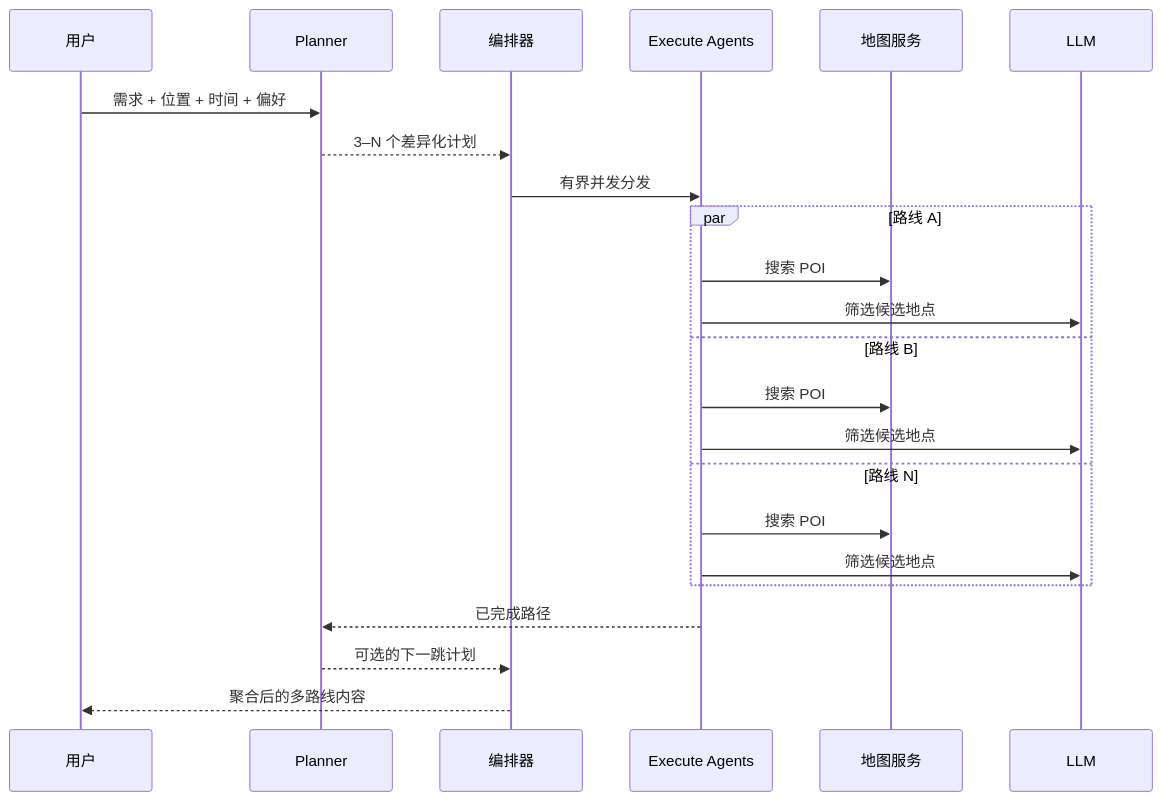
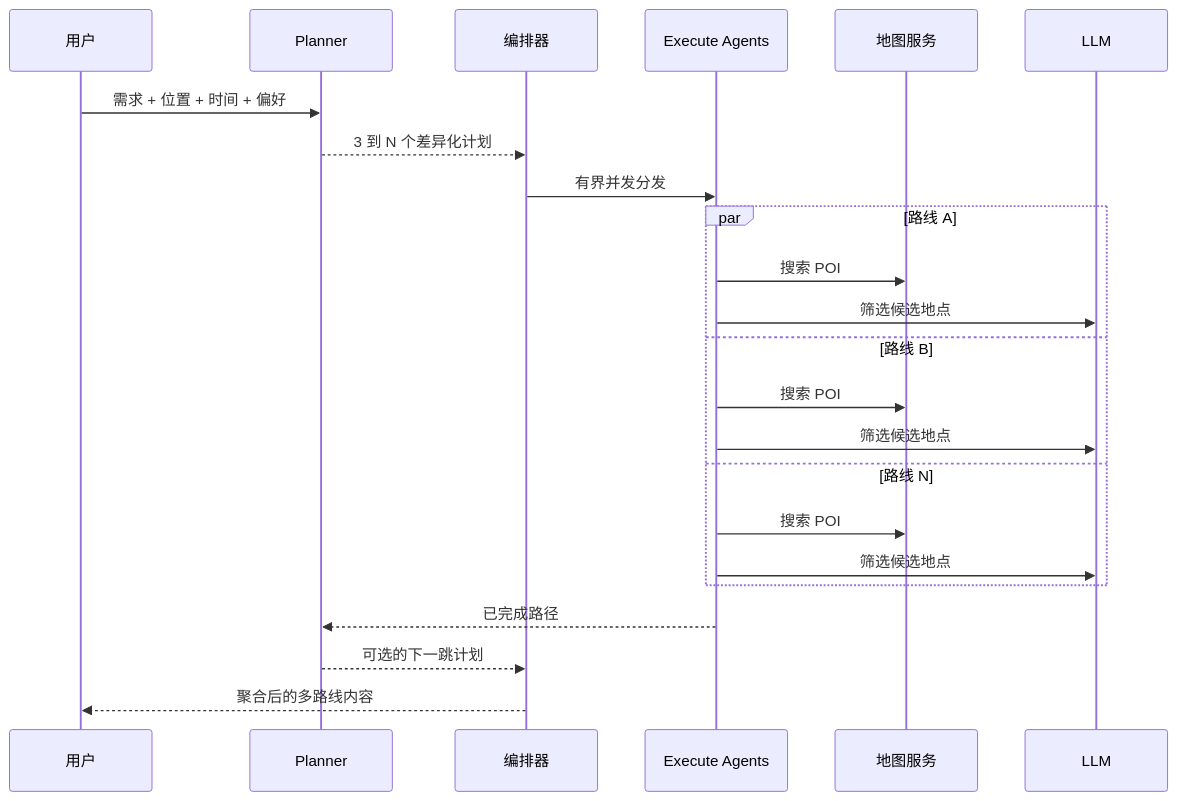
The second of 2 diagrams in README_CN.md (lianyixin/citycity-agent), drawn with Mermaid before and after one commit. The commit also changed other lines of this file and 6 other files, not shown here.

````diff
--- a/README_CN.md
+++ b/README_CN.md
@@ -124,26 +125,26 @@
 ```mermaid
 sequenceDiagram
     participant User as 用户
     participant Planner
     participant Orchestrator as 编排器
     participant ExecuteAgents as Execute Agents
     participant Map as 地图服务
     participant LLM
 
     User->>Planner: 需求 + 位置 + 时间 + 偏好
-    Planner-->>Orchestrator: 3–N 个差异化计划
+    Planner-->>Orchestrator: 3 到 N 个差异化计划
     Orchestrator->>ExecuteAgents: 有界并发分发
     par 路线 A
       ExecuteAgents->>Map: 搜索 POI
       ExecuteAgents->>LLM: 筛选候选地点
     and 路线 B
       ExecuteAgents->>Map: 搜索 POI
       ExecuteAgents->>LLM: 筛选候选地点
     and 路线 N
       ExecuteAgents->>Map: 搜索 POI
       ExecuteAgents->>LLM: 筛选候选地点
     end
     ExecuteAgents-->>Planner: 已完成路径
     Planner-->>Orchestrator: 可选的下一跳计划
     Orchestrator-->>User: 聚合后的多路线内容
 ```
````
